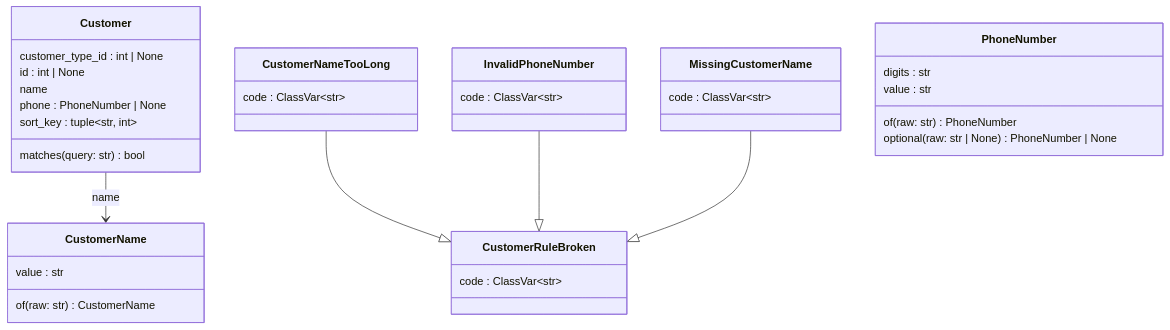
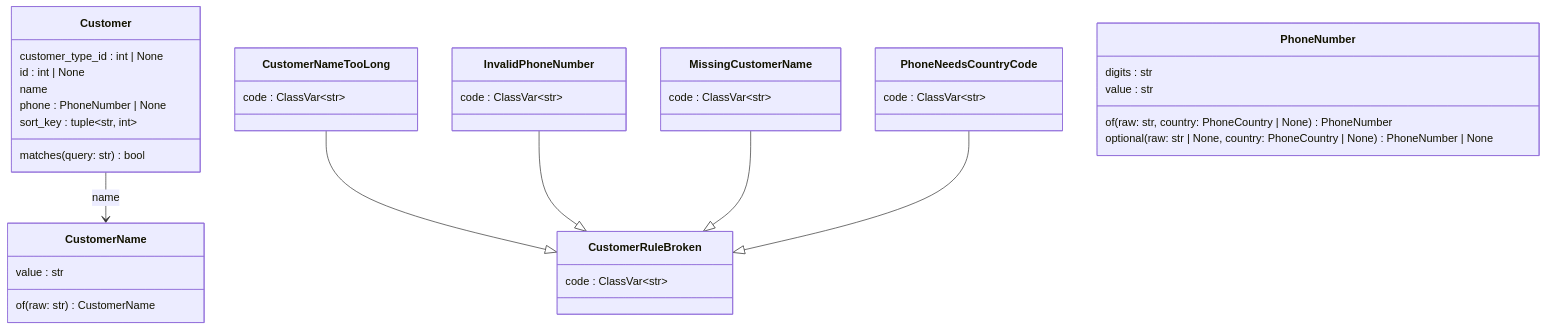
The second of 4 diagrams in docs/architecture/generated/classes/customers.md (GonzaloZevallos/apostrophe), drawn with Mermaid before and after one commit. The commit also changed other lines of this file, not shown here.

Commit message:
Regenerate the customers class doc for the Phone country port and refusal

````diff
--- a/docs/architecture/generated/classes/customers.md
+++ b/docs/architecture/generated/classes/customers.md
@@ -67,37 +67,41 @@
 ```mermaid
 classDiagram
   class Customer {
     customer_type_id : int #124; None
     id : int #124; None
     name
     phone : PhoneNumber #124; None
     sort_key : tuple~str, int~
     matches(query: str) bool
   }
   class CustomerName {
     value : str
     of(raw: str) CustomerName
   }
   class CustomerNameTooLong {
     code : ClassVar~str~
   }
   class CustomerRuleBroken {
     code : ClassVar~str~
   }
   class InvalidPhoneNumber {
     code : ClassVar~str~
   }
   class MissingCustomerName {
     code : ClassVar~str~
   }
+  class PhoneNeedsCountryCode {
+    code : ClassVar~str~
+  }
   class PhoneNumber {
     digits : str
     value : str
-    of(raw: str) PhoneNumber
-    optional(raw: str #124; None) PhoneNumber #124; None
+    of(raw: str, country: PhoneCountry #124; None) PhoneNumber
+    optional(raw: str #124; None, country: PhoneCountry #124; None) PhoneNumber #124; None
   }
   Customer --> CustomerName : name
   CustomerNameTooLong --|> CustomerRuleBroken
   InvalidPhoneNumber --|> CustomerRuleBroken
   MissingCustomerName --|> CustomerRuleBroken
+  PhoneNeedsCountryCode --|> CustomerRuleBroken
 ```
````
